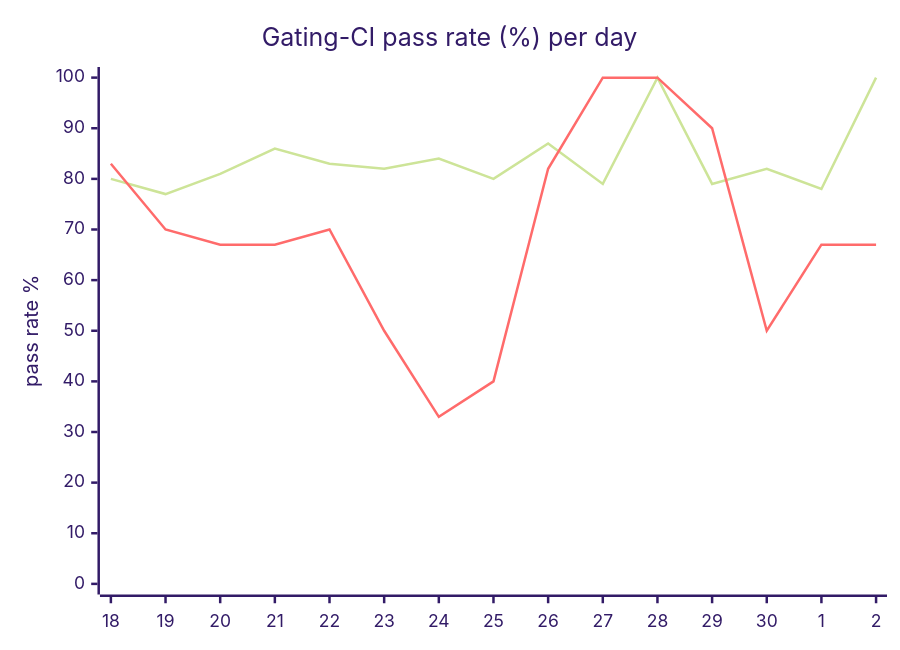
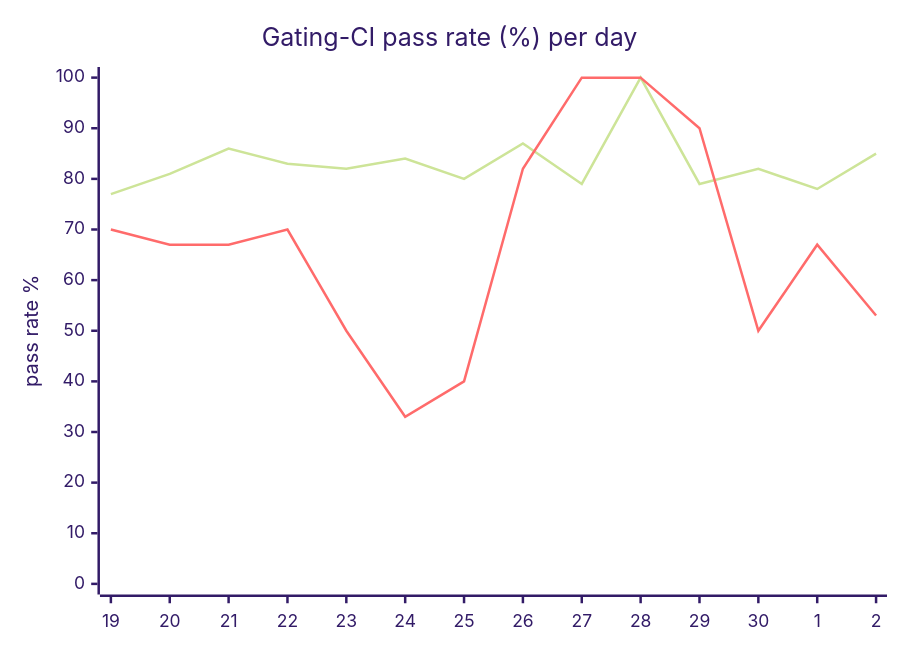
The diagram in hack/ci/ci-dashboard/staging/issue.md (hatchet-dev/hatchet), drawn with Mermaid (forest theme) before and after one commit. The commit also changed other lines of this file, not shown here.

````diff
--- a/hack/ci/ci-dashboard/staging/issue.md
+++ b/hack/ci/ci-dashboard/staging/issue.md
@@ -9,8 +9,8 @@
 ```mermaid
 xychart-beta
   title "Gating-CI pass rate (%) per day"
-  x-axis [18, 19, 20, 21, 22, 23, 24, 25, 26, 27, 28, 29, 30, 1, 2]
+  x-axis [19, 20, 21, 22, 23, 24, 25, 26, 27, 28, 29, 30, 1, 2]
   y-axis "pass rate %" 0 --> 100
-  line "CI" [80, 77, 81, 86, 83, 82, 84, 80, 87, 79, 100, 79, 82, 78, 100]
-  line "main" [83, 70, 67, 67, 70, 50, 33, 40, 82, 100, 100, 90, 50, 67, 67]
+  line "CI" [77, 81, 86, 83, 82, 84, 80, 87, 79, 100, 79, 82, 78, 85]
+  line "main" [70, 67, 67, 70, 50, 33, 40, 82, 100, 100, 90, 50, 67, 53]
 ```
````
